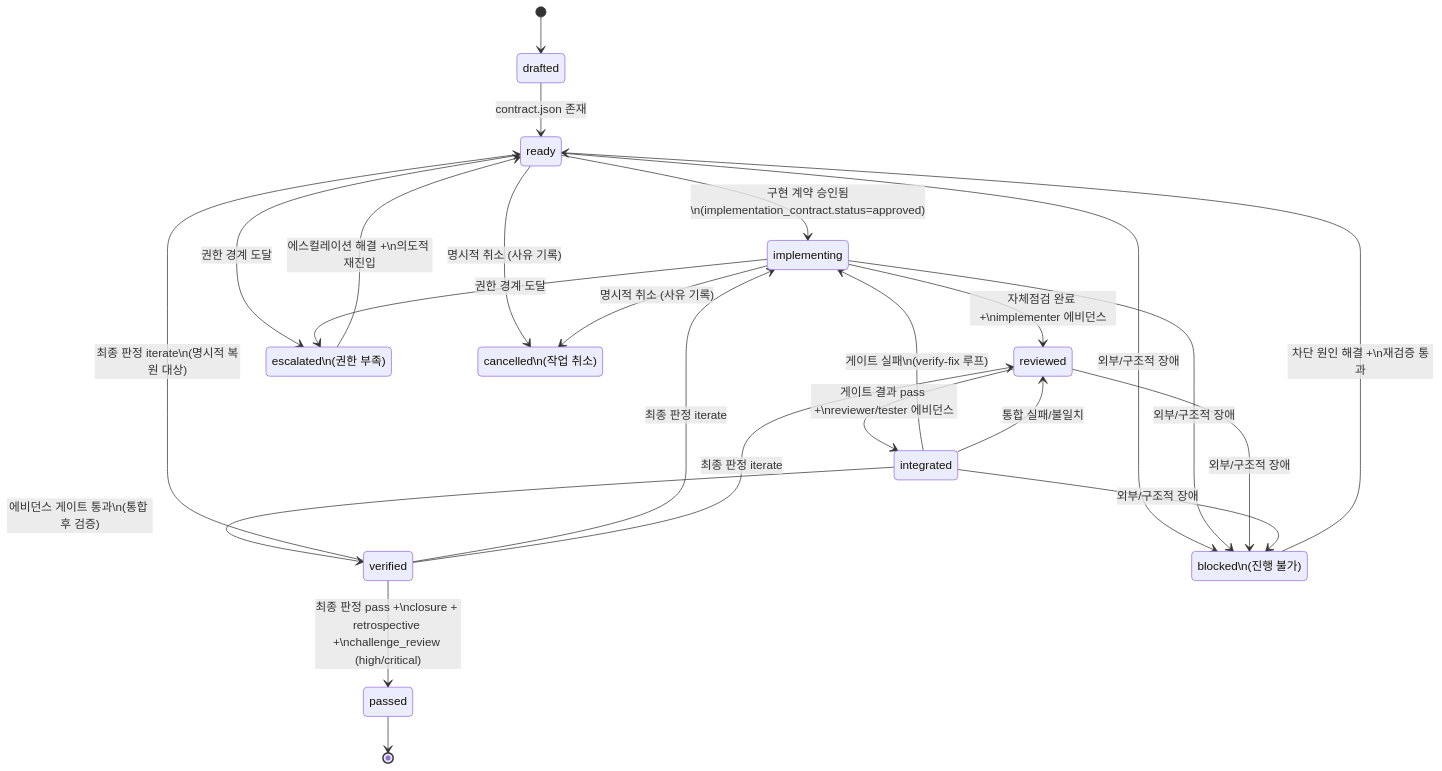
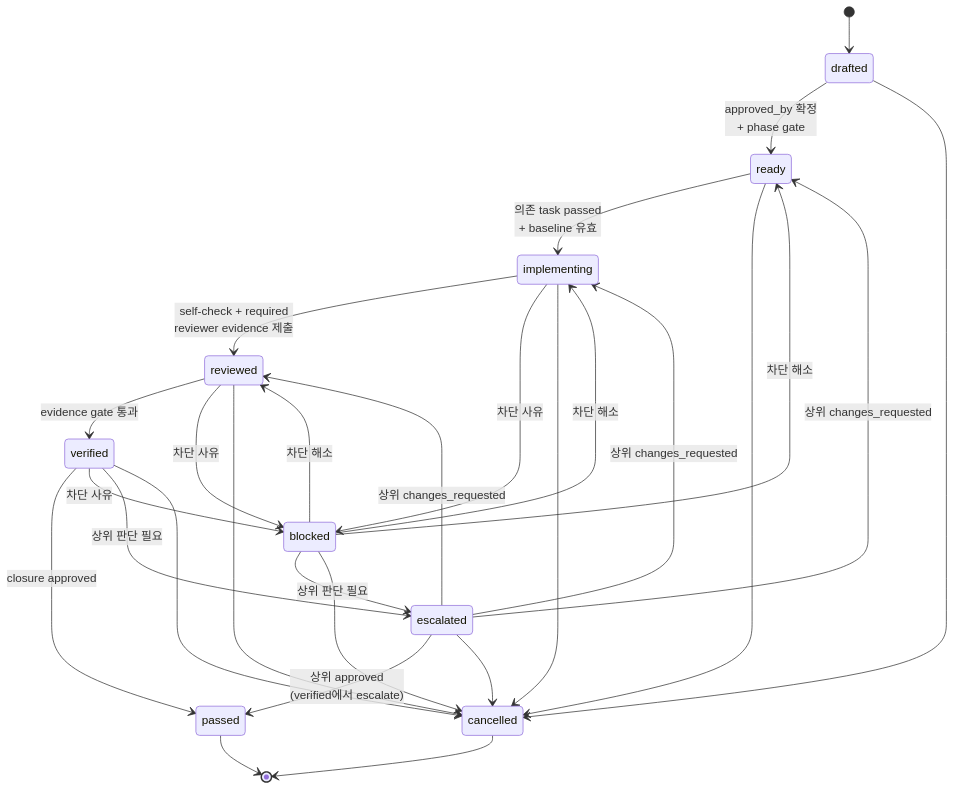
One commit to choam2426/geas changed the third of 6 diagrams in docs/ko/DIAGRAMS.md. Above: the diagram before and after it, drawn with Mermaid. The commit also changed other lines of this file, not shown here.

First line of the commit message:
rewrite Korean DIAGRAMS from the current protocol

````diff
--- a/docs/ko/DIAGRAMS.md
+++ b/docs/ko/DIAGRAMS.md
@@ -61,44 +92,34 @@
 ```mermaid
 stateDiagram-v2
     [*] --> drafted
+    drafted --> ready: approved_by 확정<br/>+ phase gate
+    ready --> implementing: 의존 task passed<br/>+ baseline 유효
+    implementing --> reviewed: self-check + required<br/>reviewer evidence 제출
+    reviewed --> verified: evidence gate 통과
+    verified --> passed: closure approved
 
-    drafted --> ready : contract.json 존재
+    implementing --> blocked: 차단 사유
+    reviewed --> blocked: 차단 사유
+    verified --> blocked: 차단 사유
+    blocked --> ready: 차단 해소
+    blocked --> implementing: 차단 해소
+    blocked --> reviewed: 차단 해소
 
-    ready --> implementing : 구현 계약 승인됨\n(implementation_contract.status=approved)
+    blocked --> escalated: 상위 판단 필요
+    verified --> escalated: 상위 판단 필요
+    escalated --> passed: 상위 approved<br/>(verified에서 escalate)
+    escalated --> ready: 상위 changes_requested
+    escalated --> implementing: 상위 changes_requested
+    escalated --> reviewed: 상위 changes_requested
 
-    implementing --> reviewed : 자체점검 완료 +\nimplementer 에비던스
-
-    reviewed --> integrated : 게이트 결과 pass +\nreviewer/tester 에비던스
-
-    integrated --> verified : 에비던스 게이트 통과\n(통합 후 검증)
-
-    verified --> passed : 최종 판정 pass +\nclosure + retrospective +\nchallenge_review (high/critical)
+    drafted --> cancelled
+    ready --> cancelled
+    implementing --> cancelled
+    reviewed --> cancelled
+    verified --> cancelled
+    blocked --> cancelled
+    escalated --> cancelled
 
     passed --> [*]
-
-    %% 되감기 경로
-    integrated --> implementing : 게이트 실패\n(verify-fix 루프)
-    integrated --> reviewed : 통합 실패/불일치
-    verified --> ready : 최종 판정 iterate\n(명시적 복원 대상)
-    verified --> implementing : 최종 판정 iterate
-    verified --> reviewed : 최종 판정 iterate
-
-    %% 보조 상태
-    state "blocked\n(진행 불가)" as blocked
-    state "escalated\n(권한 부족)" as escalated
-    state "cancelled\n(작업 취소)" as cancelled
-
-    ready --> blocked : 외부/구조적 장애
-    implementing --> blocked : 외부/구조적 장애
-    reviewed --> blocked : 외부/구조적 장애
-    integrated --> blocked : 외부/구조적 장애
-
-    ready --> escalated : 권한 경계 도달
-    implementing --> escalated : 권한 경계 도달
-
-    ready --> cancelled : 명시적 취소 (사유 기록)
-    implementing --> cancelled : 명시적 취소 (사유 기록)
-
-    blocked --> ready : 차단 원인 해결 +\n재검증 통과
-    escalated --> ready : 에스컬레이션 해결 +\n의도적 재진입
+    cancelled --> [*]
 ```
````
